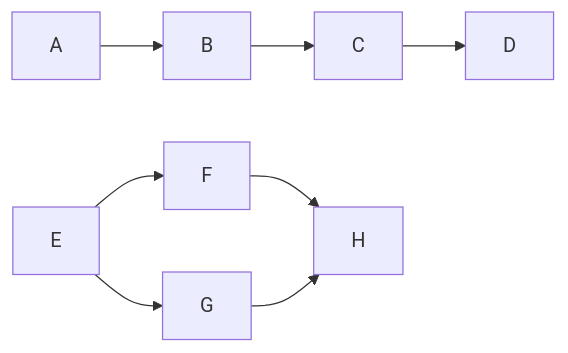
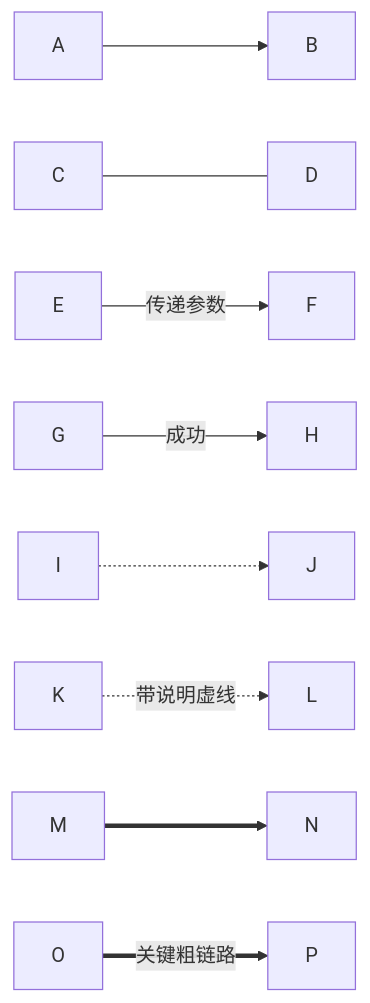
Before and after one commit to betterlmy/agent-skills: the second of 4 diagrams in skills/mermaid-diagrams/references/flowcharts.md, drawn with Mermaid. The commit also changed other lines of this file and 46 other files, not shown here.

````diff
--- a/skills/mermaid-diagrams/references/flowcharts.md
+++ b/skills/mermaid-diagrams/references/flowcharts.md
@@ -126,5 +38,11 @@
 ```mermaid
 flowchart LR
-    A --> B --> C --> D
-    E --> F & G --> H
+    A --> B
+    C --- D
+    E -->|传递参数| F
+    G -- 成功 --> H
+    I -.-> J
+    K -. 带说明虚线 .-> L
+    M ==> N
+    O == 关键粗链路 ==> P
 ```
````
